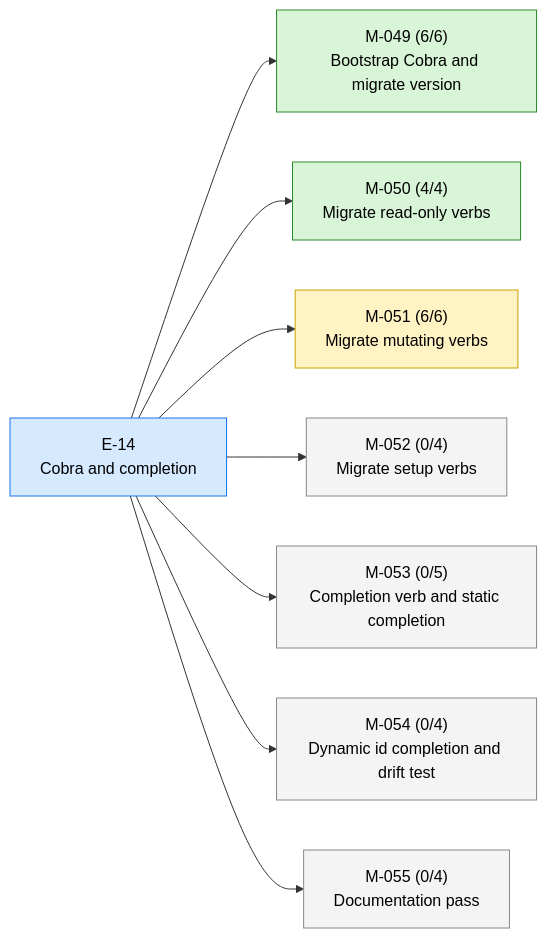
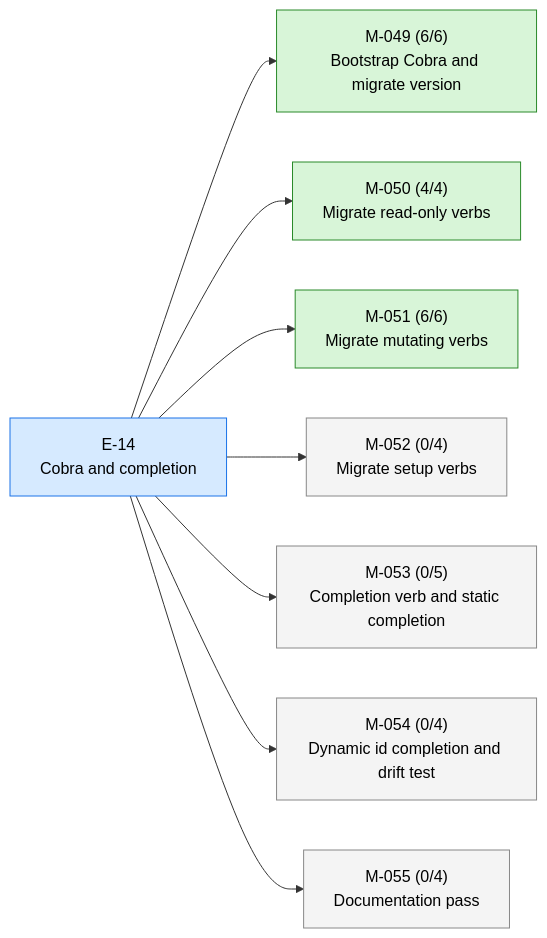
The first of 2 diagrams in STATUS.md (23min/aiwf), drawn with Mermaid before and after one commit. The commit also changed other lines of this file and 1 other file, not shown here.

First line of the commit message:
aiwf promote M-051 in_progress -> done

````diff
--- a/STATUS.md
+++ b/STATUS.md
@@ -17,24 +17,24 @@
 ```mermaid
 flowchart LR
   E_14["E-14<br/>Cobra and completion"]:::epic_active
   M_049["M-049 (6/6)<br/>Bootstrap Cobra and migrate version"]:::ms_done
   E_14 --> M_049
   M_050["M-050 (4/4)<br/>Migrate read-only verbs"]:::ms_done
   E_14 --> M_050
-  M_051["M-051 (6/6)<br/>Migrate mutating verbs"]:::ms_in_progress
+  M_051["M-051 (6/6)<br/>Migrate mutating verbs"]:::ms_done
   E_14 --> M_051
   M_052["M-052 (0/4)<br/>Migrate setup verbs"]:::ms_draft
   E_14 --> M_052
   M_053["M-053 (0/5)<br/>Completion verb and static completion"]:::ms_draft
   E_14 --> M_053
   M_054["M-054 (0/4)<br/>Dynamic id completion and drift test"]:::ms_draft
   E_14 --> M_054
   M_055["M-055 (0/4)<br/>Documentation pass"]:::ms_draft
   E_14 --> M_055
   classDef epic_active fill:#d6eaff,stroke:#1a73e8,color:#000
   classDef epic_proposed fill:#f4f4f4,stroke:#888,color:#000
   classDef ms_done fill:#d8f5d8,stroke:#2a8a2a,color:#000
   classDef ms_in_progress fill:#fff3c4,stroke:#caa400,color:#000
   classDef ms_draft fill:#f4f4f4,stroke:#888,color:#000
   classDef ms_cancelled fill:#fbeaea,stroke:#c33,color:#000
 ```
````
